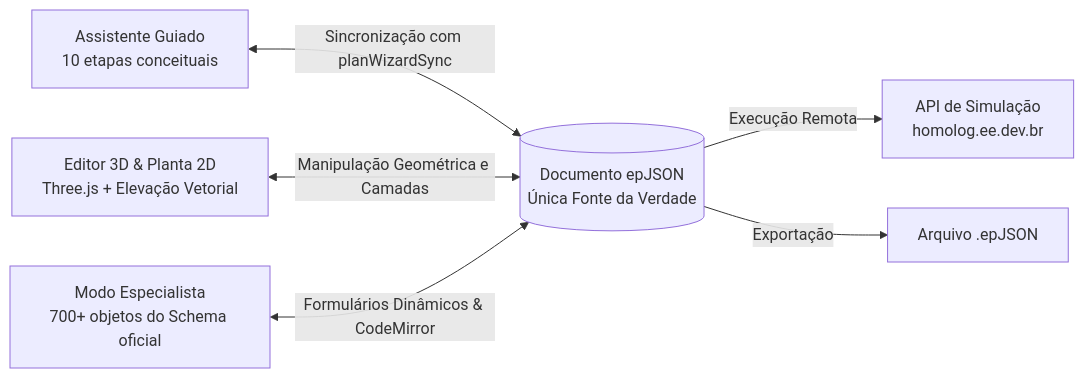
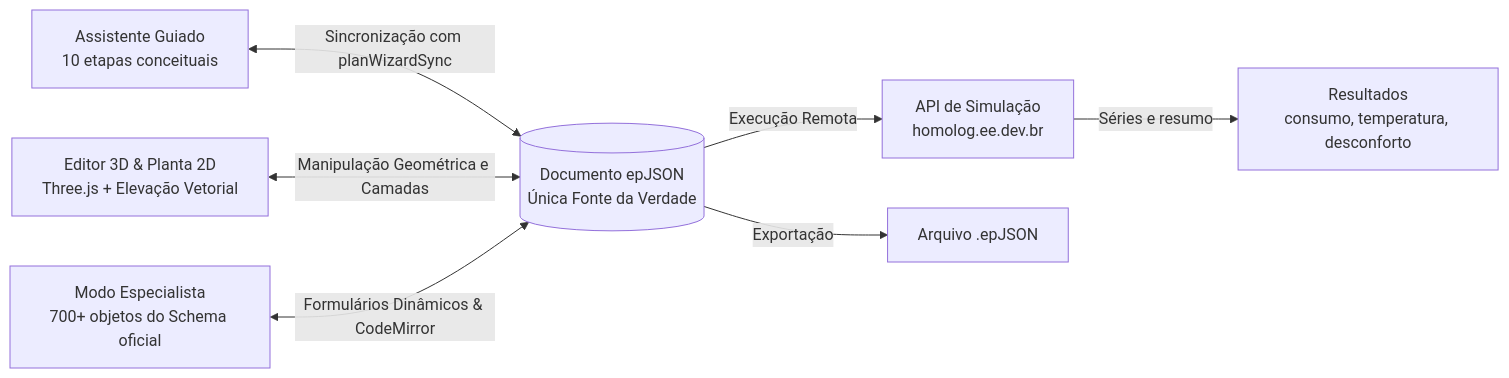
One commit to AlexandreProenca/energy-input changed the diagram in README.md. Above: the diagram before and after it, drawn with Mermaid. The commit also changed other lines of this file and 3 other files, not shown here.

````diff
--- a/README.md
+++ b/README.md
@@ -28,8 +28,9 @@
 ```mermaid
 flowchart LR
     A[Assistente Guiado\n10 etapas conceituais] <-->|Sincronização com planWizardSync| D[(Documento epJSON\nÚnica Fonte da Verdade)]
     B[Editor 3D & Planta 2D\nThree.js + Elevação Vetorial] <-->|Manipulação Geométrica e Camadas| D
     C[Modo Especialista\n700+ objetos do Schema oficial] <-->|Formulários Dinâmicos & CodeMirror| D
     D -->|Execução Remota| S[API de Simulação\nhomolog.ee.dev.br]
     D -->|Exportação| F[Arquivo .epJSON]
+    S -->|Séries e resumo| R[Resultados\nconsumo, temperatura, desconforto]
 ```
````
